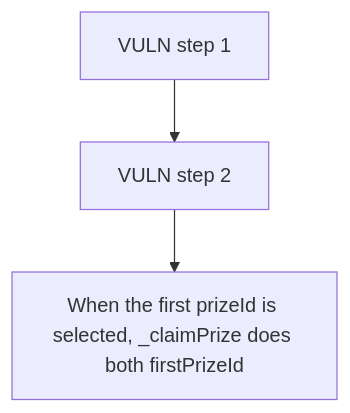
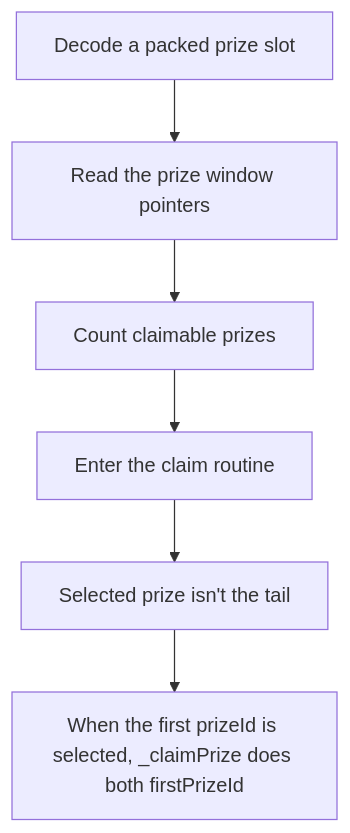
One commit to sanbir/evm-hack-registry changed the diagram in 62544-h-07-spinlottery-will-break-if-the-first-prizeid-is-selected_exp/62544-h-07-spinlottery-will-break-if-the-first-prizeid-is-selected_exp.md. Above: the diagram before and after it, drawn with Mermaid. The commit also changed other lines of this file and 79 other files, not shown here.

````diff
--- a/62544-h-07-spinlottery-will-break-if-the-first-prizeid-is-selected_exp/62544-h-07-spinlottery-will-break-if-the-first-prizeid-is-selected_exp.md
+++ b/62544-h-07-spinlottery-will-break-if-the-first-prizeid-is-selected_exp/62544-h-07-spinlottery-will-break-if-the-first-prizeid-is-selected_exp.md
@@ -28,8 +28,14 @@
 ```mermaid
 flowchart TD
-  S0["VULN step 1"]
-  S1["VULN step 2"]
+  S0["Decode a packed prize slot"]
+  S1["Read the prize window pointers"]
+  S2["Count claimable prizes"]
+  S3["Enter the claim routine"]
+  S4["Selected prize isn't the tail"]
   H["When the first prizeId is selected, _claimPrize does both firstPrizeId"]
   S0 --> S1
-  S1 --> H
+  S1 --> S2
+  S2 --> S3
+  S3 --> S4
+  S4 --> H
 ```
````
